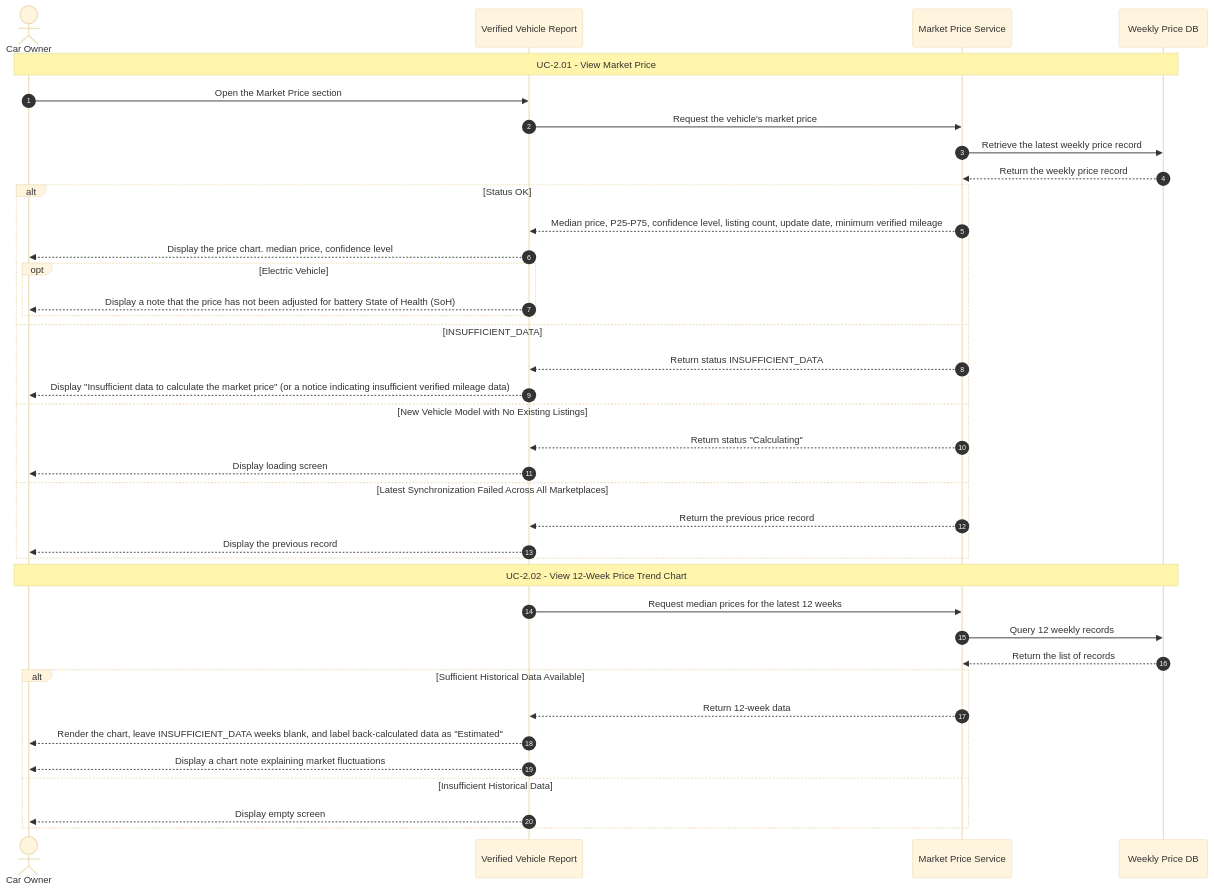
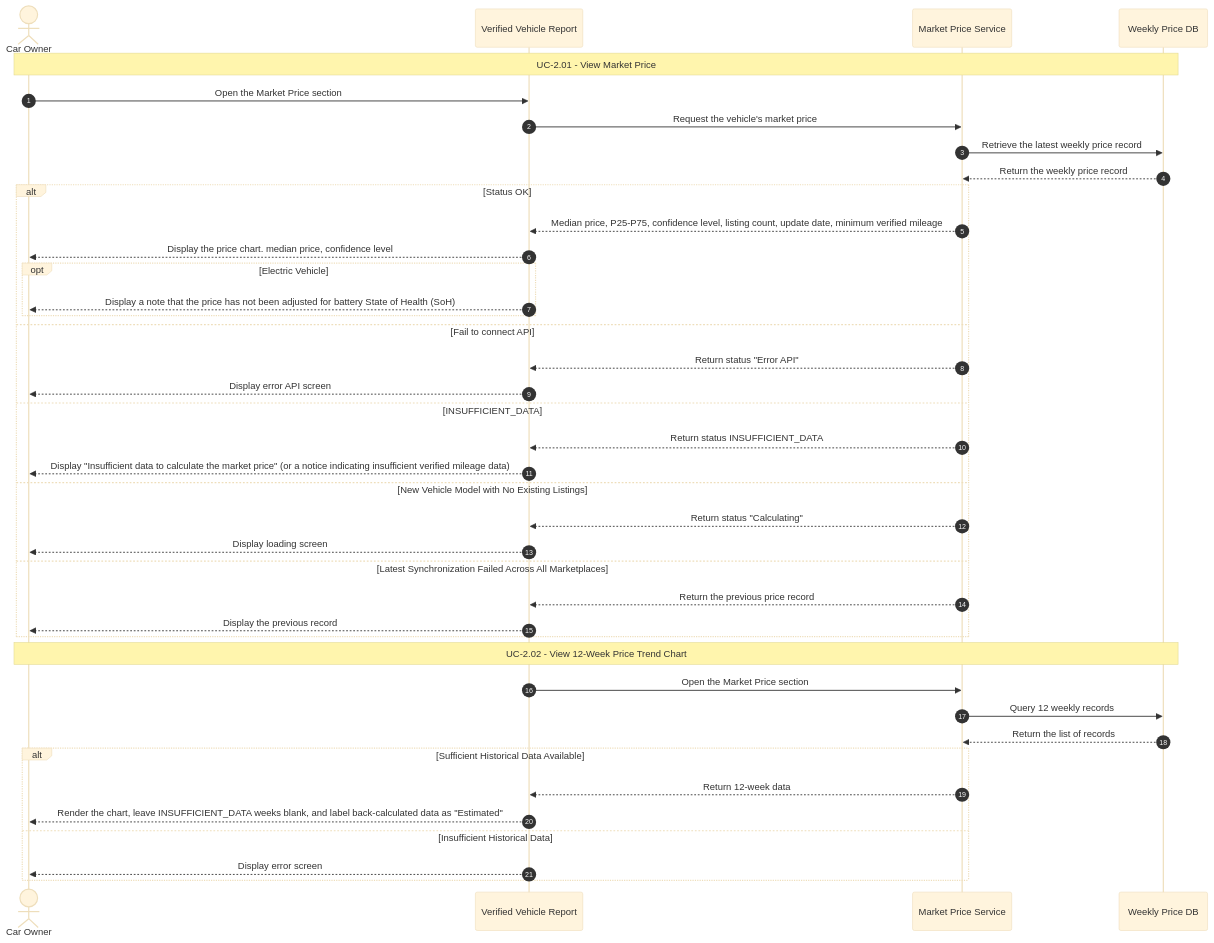
Before and after one commit to giangnhk63db/DBIZ-2_GROUP-A: the diagram in docs/use-case/sequence-diagram/S-05.md, drawn with Mermaid (base theme).

````diff
--- a/docs/use-case/sequence-diagram/S-05.md
+++ b/docs/use-case/sequence-diagram/S-05.md
@@ -9,44 +9,46 @@
 ```mermaid 
 sequenceDiagram
     autonumber
     actor Owner as Car Owner
     participant App as Verified Vehicle Report
     participant MP as Market Price Service
     participant DB as Weekly Price DB
 
     Note over Owner, DB: UC-2.01 - View Market Price
     Owner->>App: Open the Market Price section
     App->>MP: Request the vehicle's market price
     MP->>DB: Retrieve the latest weekly price record
     DB-->>MP: Return the weekly price record
 
     alt Status OK
         MP-->>App: Median price, P25-P75, confidence level, listing count, update date, minimum verified mileage
         App-->>Owner: Display the price chart. median price, confidence level
         opt Electric Vehicle
             App-->>Owner: Display a note that the price has not been adjusted for battery State of Health (SoH)
         end
+    else Fail to connect API
+        MP-->>App: Return status "Error API"
+        App-->>Owner: Display error API screen
     else INSUFFICIENT_DATA
         MP-->>App: Return status INSUFFICIENT_DATA
         App-->>Owner: Display "Insufficient data to calculate the market price" (or a notice indicating insufficient verified mileage data)
     else New Vehicle Model with No Existing Listings
         MP-->>App: Return status "Calculating"
         App-->>Owner: Display loading screen
     else Latest Synchronization Failed Across All Marketplaces
         MP-->>App: Return the previous price record
         App-->>Owner: Display the previous record 
     end
 
     Note over Owner, DB: UC-2.02 - View 12-Week Price Trend Chart
-    App->>MP: Request median prices for the latest 12 weeks
+    App->>MP:  Open the Market Price section
     MP->>DB: Query 12 weekly records
     DB-->>MP: Return the list of records
 
     alt Sufficient Historical Data Available
         MP-->>App: Return 12-week data
         App-->>Owner: Render the chart, leave INSUFFICIENT_DATA weeks blank, and label back-calculated data as "Estimated"
-        App-->>Owner: Display a chart note explaining market fluctuations
     else Insufficient Historical Data
-        App-->>Owner: Display empty screen
+        App-->>Owner: Display error screen
     end
 ```
````
